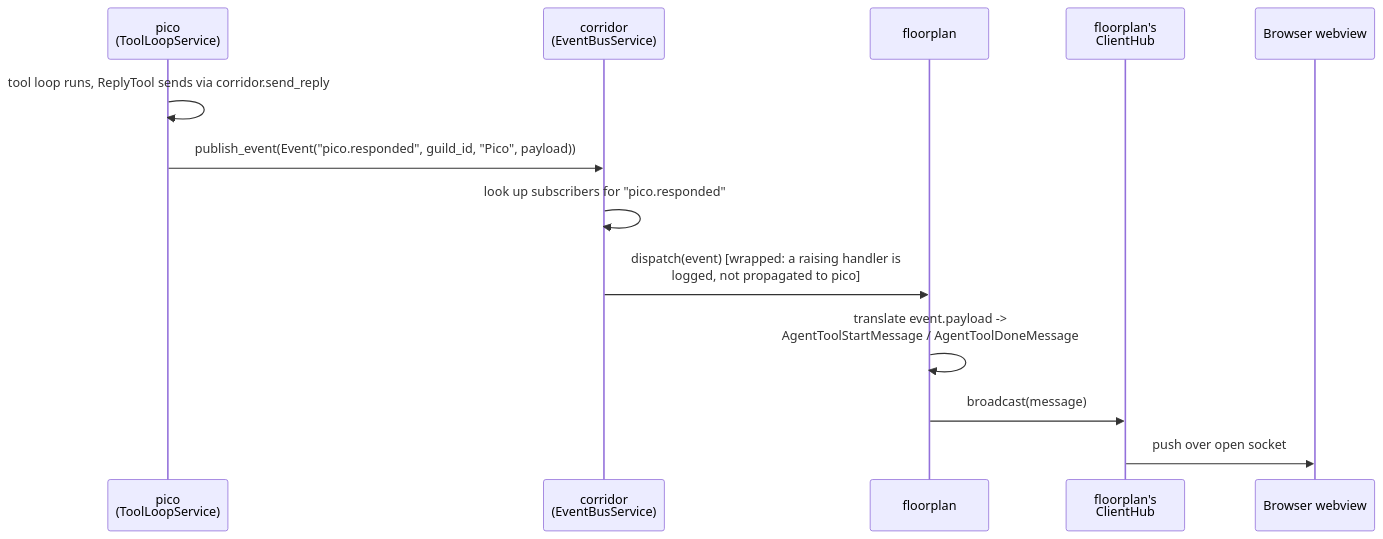
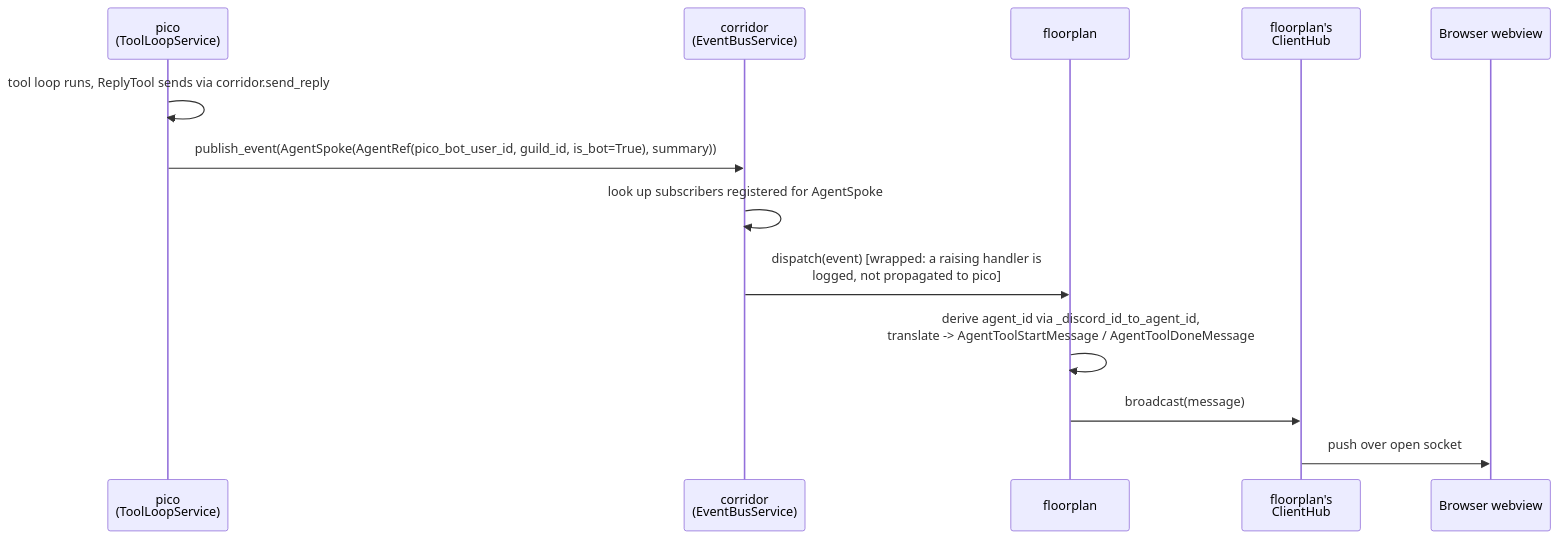
Before and after one commit to pixel-agents-hq/pixel-agents-cogs: the fourth of 4 diagrams in docs/corridor-pubsub-design.md, drawn with Mermaid. The commit also changed other lines of this file, not shown here.

First line of the commit message:
docs: rework pubsub domain model as a closed set of agent dataclasses

````diff
--- a/docs/corridor-pubsub-design.md
+++ b/docs/corridor-pubsub-design.md
@@ -223,16 +285,16 @@
 ```mermaid
 sequenceDiagram
     participant Pico as pico<br/>(ToolLoopService)
     participant C as corridor<br/>(EventBusService)
     participant FP as floorplan
     participant Hub as floorplan's<br/>ClientHub
     participant B as Browser webview
 
     Pico->>Pico: tool loop runs, ReplyTool sends via corridor.send_reply
-    Pico->>C: publish_event(Event("pico.responded", guild_id, "Pico", payload))
-    C->>C: look up subscribers for "pico.responded"
+    Pico->>C: publish_event(AgentSpoke(AgentRef(pico_bot_user_id, guild_id, is_bot=True), summary))
+    C->>C: look up subscribers registered for AgentSpoke
     C->>FP: dispatch(event)  [wrapped: a raising handler is<br/>logged, not propagated to pico]
-    FP->>FP: translate event.payload -><br/>AgentToolStartMessage / AgentToolDoneMessage
+    FP->>FP: derive agent_id via _discord_id_to_agent_id,<br/>translate -> AgentToolStartMessage / AgentToolDoneMessage
     FP->>Hub: broadcast(message)
     Hub->>B: push over open socket
 ```
````
